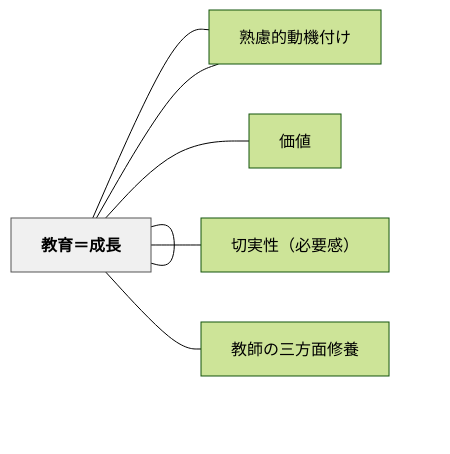
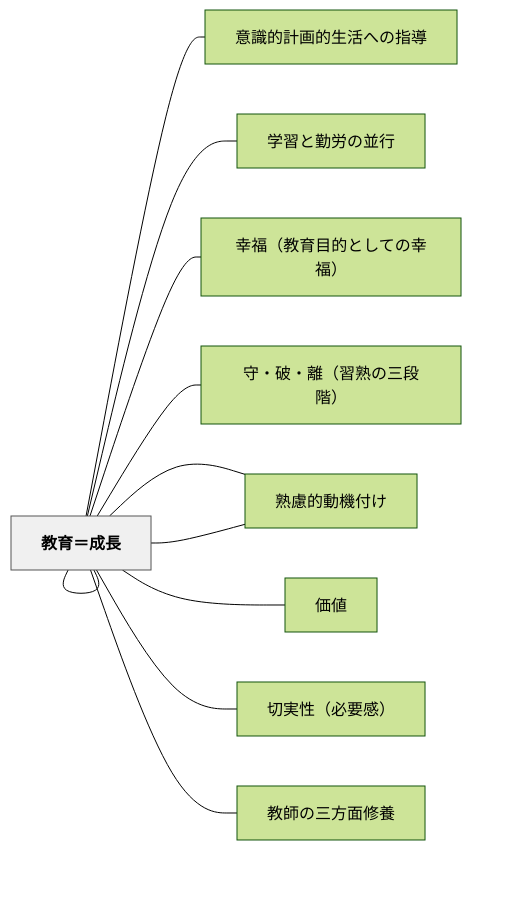
The diagram in content/パタン/教育目的.md (unknownthings-ed-patterns/unknownthings-ed-patterns), drawn with Mermaid (forest theme) before and after one commit. The commit also changed other lines of this file and 473 other files, not shown here.

````diff
--- a/content/パタン/教育目的.md
+++ b/content/パタン/教育目的.md
@@ -213,20 +218,30 @@
 ```mermaid
 flowchart LR
     ne69599e882b2["教育目的"]
+    ne6848fe8ad98["意識的計画的生活への指導"]
+    ne5ada6e7bf92["学習と勤労の並行"]
+    ne69599e882b2["教育の目標として力能"]
+    ne5b9b8e7a68f["幸福（教育目的としての幸福）"]
+    ne5ae88e383bb["守・破・離（習熟の三段階）"]
     ne7869fe685ae["熟慮的教育材料"]
     ne4bea1e580a4["価値"]
     ne58887e5ae9f["切実性（必要感）"]
     ne69599e882b2["教育＝成長"]
     ne7869fe685ae["熟慮的動機付け"]
     ne69599e5b8ab["教師の三方面修養"]
 
+    ne69599e882b2 --- ne6848fe8ad98
+    ne69599e882b2 --- ne5ada6e7bf92
+    ne69599e882b2 --- ne69599e882b2
+    ne69599e882b2 --- ne5b9b8e7a68f
+    ne69599e882b2 --- ne5ae88e383bb
     ne69599e882b2 --- ne7869fe685ae
     ne69599e882b2 --- ne4bea1e580a4
     ne69599e882b2 --- ne58887e5ae9f
     ne69599e882b2 --- ne69599e882b2
     ne69599e882b2 --- ne7869fe685ae
     ne69599e882b2 --- ne69599e5b8ab
 
     classDef hub fill:#f0f0f0,stroke:#555,color:#000,font-weight:bold
     class ne69599e882b2 hub
 ```
````
